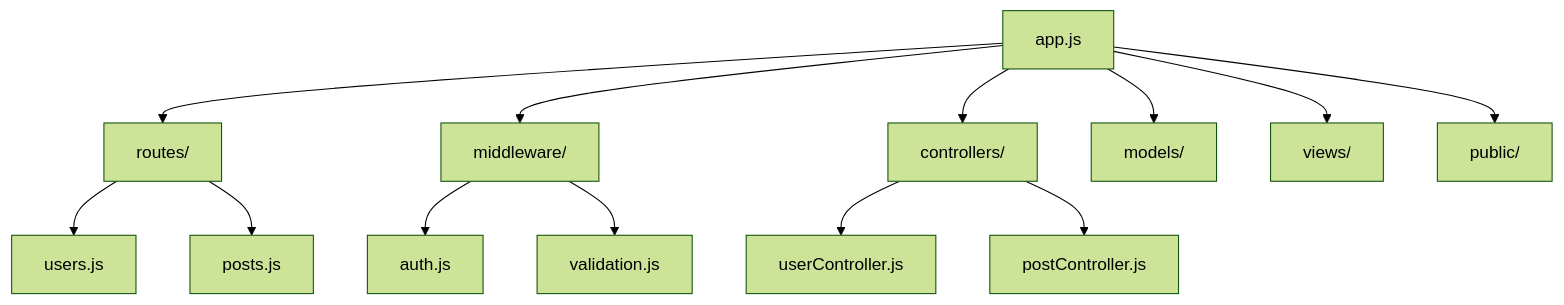
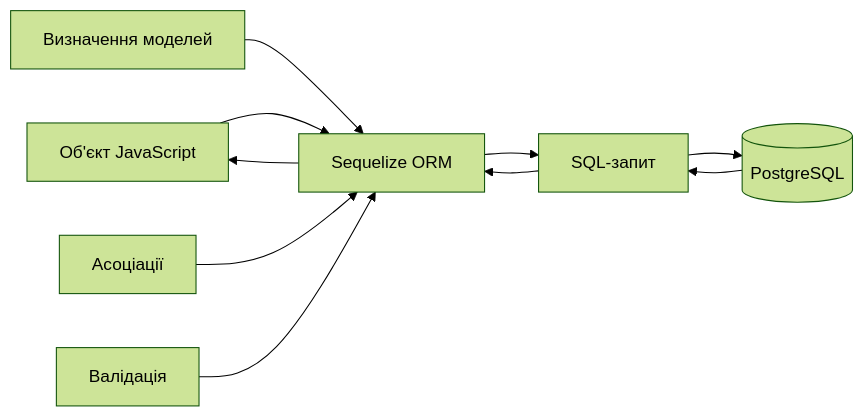
Before and after one commit to olroi421/course-web: the third of 10 diagrams in presentations/presentation-04.md, drawn with Mermaid (forest theme). The commit also changed other lines of this file and 10 other files, not shown here.

````diff
--- a/presentations/presentation-04.md
+++ b/presentations/presentation-04.md
@@ -302,23 +134,13 @@
 ```mermaid
-graph TB
-    A[app.js] --> B[routes/]
-    A --> C[middleware/]
-    A --> D[controllers/]
-    A --> E[models/]
-    A --> F[views/]
-    A --> G[public/]
+graph LR
+    A[Об'єкт JavaScript] --> B[Sequelize ORM]
+    B --> C[SQL-запит]
+    C --> D[(PostgreSQL)]
+    D --> C
+    C --> B
+    B --> A
 
-    B --> B1[users.js]
-    B --> B2[posts.js]
-
-    C --> C1[auth.js]
-    C --> C2[validation.js]
-
-    D --> D1[userController.js]
-    D --> D2[postController.js]
-
-
-
-
-
+    E[Визначення моделей] --> B
+    F[Асоціації] --> B
+    G[Валідація] --> B
 ```
````
